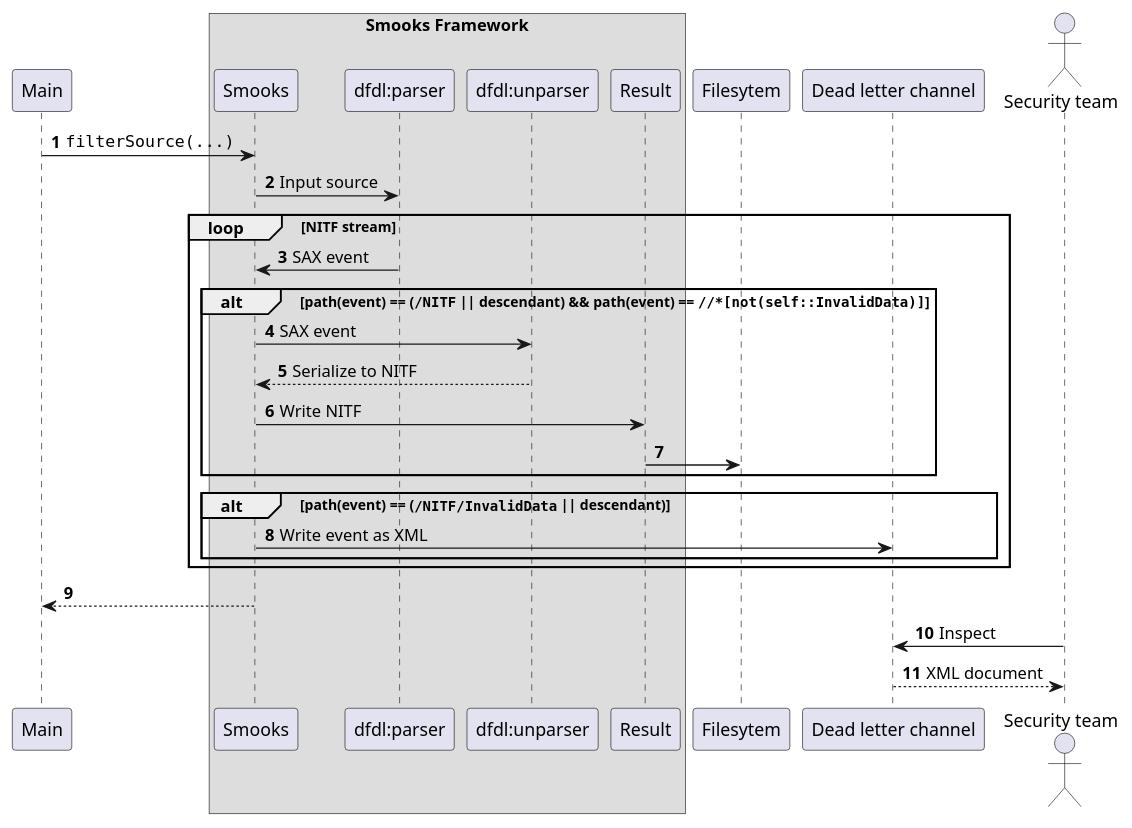
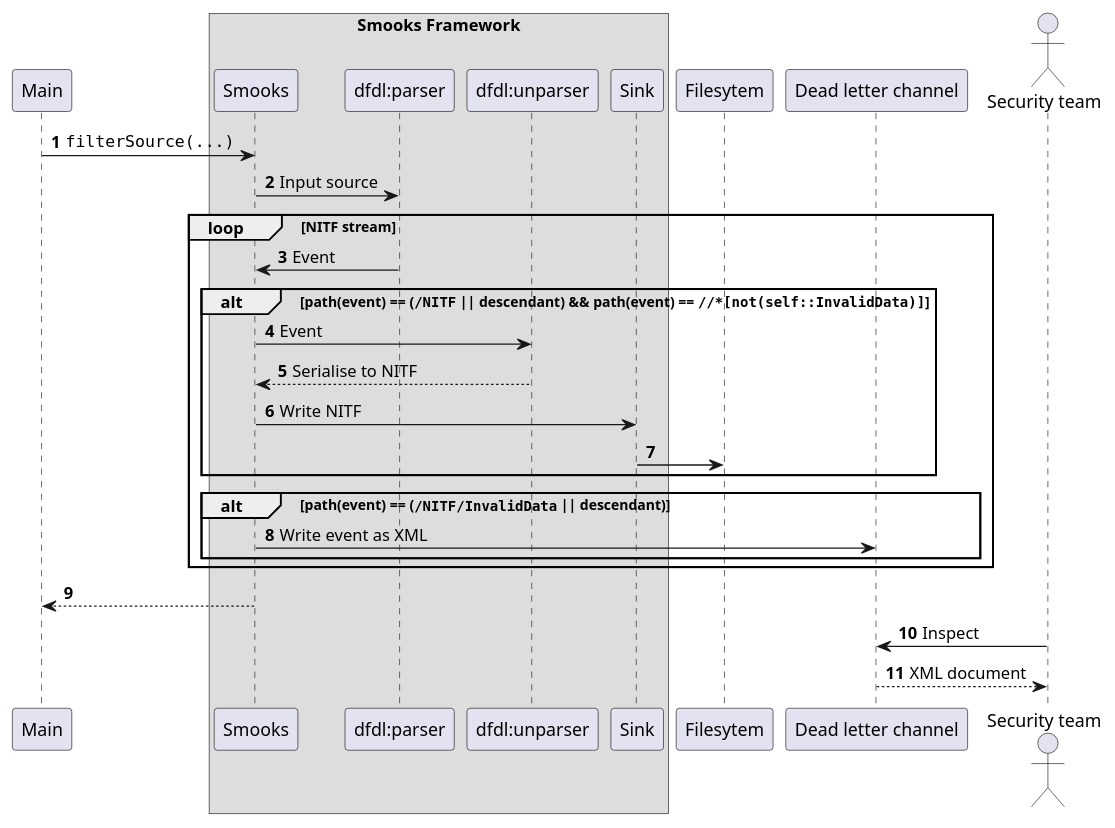
Before and after one commit to smooks/smooks-examples: the diagram in cross-domain-solution/docs/cross-domain-solution.puml, drawn with PlantUML. The commit also changed 58 other files, not shown here.

```diff
--- a/cross-domain-solution/docs/cross-domain-solution.puml
+++ b/cross-domain-solution/docs/cross-domain-solution.puml
@@ -1,29 +1,29 @@
 @startuml
 participant Main
 box Smooks Framework
 participant Smooks
 participant "dfdl:parser"
 participant "dfdl:unparser"
-participant Result
+participant Sink
 end box
 actor "Security team" order 1
 autonumber
 
 Main -> Smooks : ""filterSource(...)""
 Smooks -> "dfdl:parser": Input source
 loop NITF stream
-    Smooks <- "dfdl:parser": SAX event
+    Smooks <- "dfdl:parser": Event
     alt path(event) == (""/NITF"" || descendant) && path(event) == ""//*[not(self::InvalidData)]""
-        Smooks -> "dfdl:unparser": SAX event
-        "dfdl:unparser" --> Smooks: Serialize to NITF
-        Smooks -> Result: Write NITF
-        Result -> Filesytem
+        Smooks -> "dfdl:unparser": Event
+        "dfdl:unparser" --> Smooks: Serialise to NITF
+        Smooks -> Sink: Write NITF
+        Sink -> Filesytem
     end
     alt path(event) == (""/NITF/InvalidData"" || descendant)
         Smooks -> "Dead letter channel": Write event as XML
     end
 end
 Smooks --> Main
 "Security team" -> "Dead letter channel": Inspect
 "Security team" <-- "Dead letter channel": XML document
 @enduml
```
